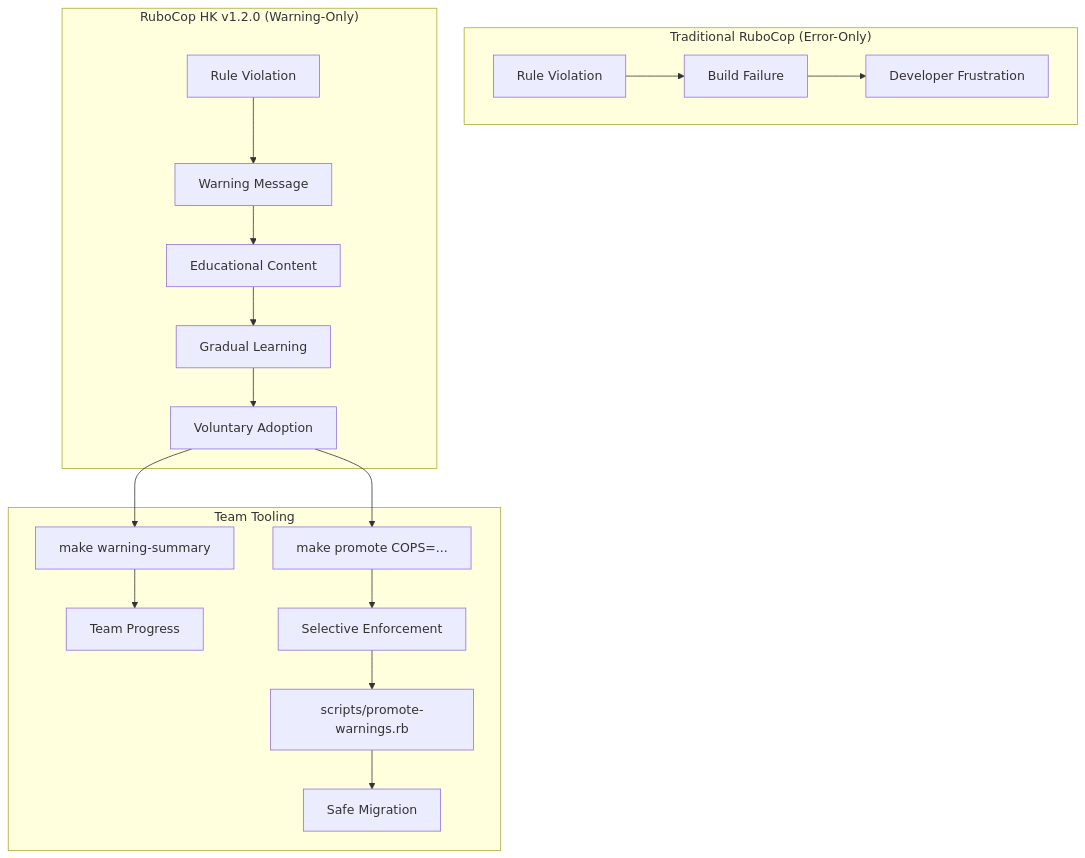
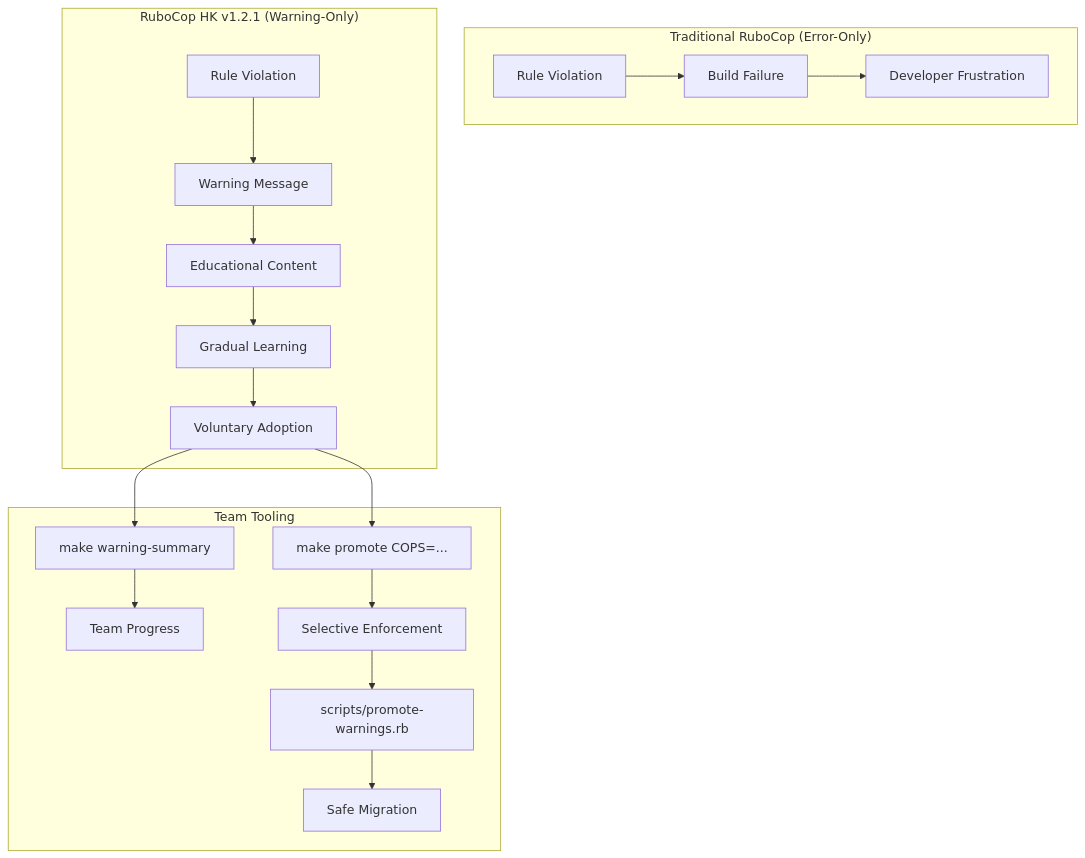
One commit to hammadxcm/rubocop-hk changed the first of 23 diagrams in ARCHITECTURE.md. Above: the diagram before and after it, drawn with Mermaid. The commit also changed other lines of this file and 8 other files, not shown here.

````diff
--- a/ARCHITECTURE.md
+++ b/ARCHITECTURE.md
@@ -41,24 +41,24 @@
 ```mermaid
 graph TB
     subgraph "Traditional RuboCop (Error-Only)"
         A[Rule Violation] --> B[Build Failure]
         B --> C[Developer Frustration]
     end
     
-    subgraph "RuboCop HK v1.2.0 (Warning-Only)"
+    subgraph "RuboCop HK v1.2.1 (Warning-Only)"
         D[Rule Violation] --> E[Warning Message]
         E --> F[Educational Content]
         F --> G[Gradual Learning]
         G --> H[Voluntary Adoption]
     end
     
     subgraph "Team Tooling"
         I[make warning-summary] --> J[Team Progress]
         K[make promote COPS=...] --> L[Selective Enforcement]
         M[scripts/promote-warnings.rb] --> N[Safe Migration]
     end
     
     H --> I
     H --> K
     L --> M
 ```
````
